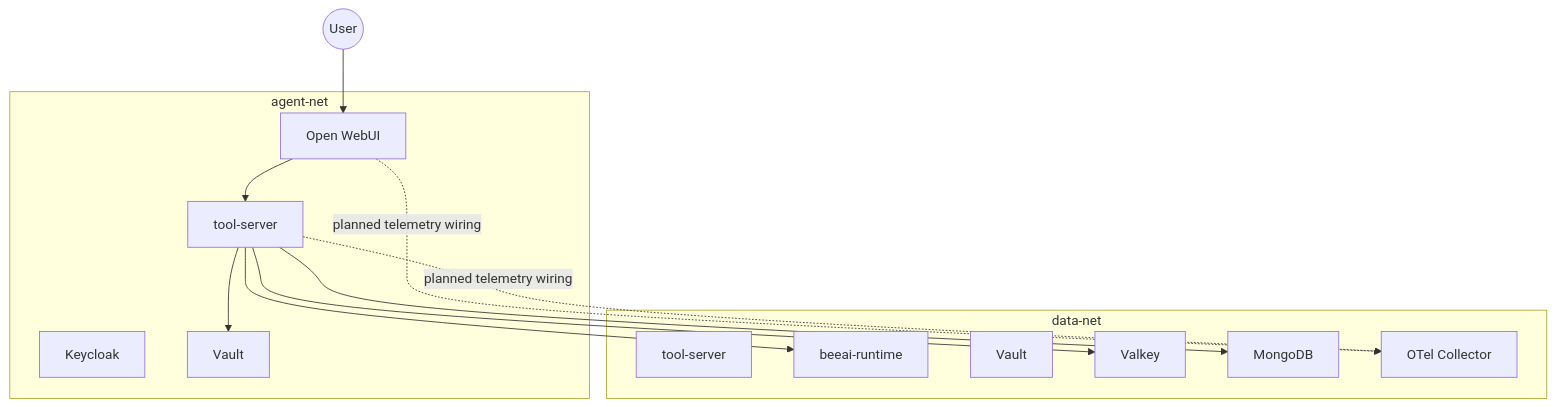
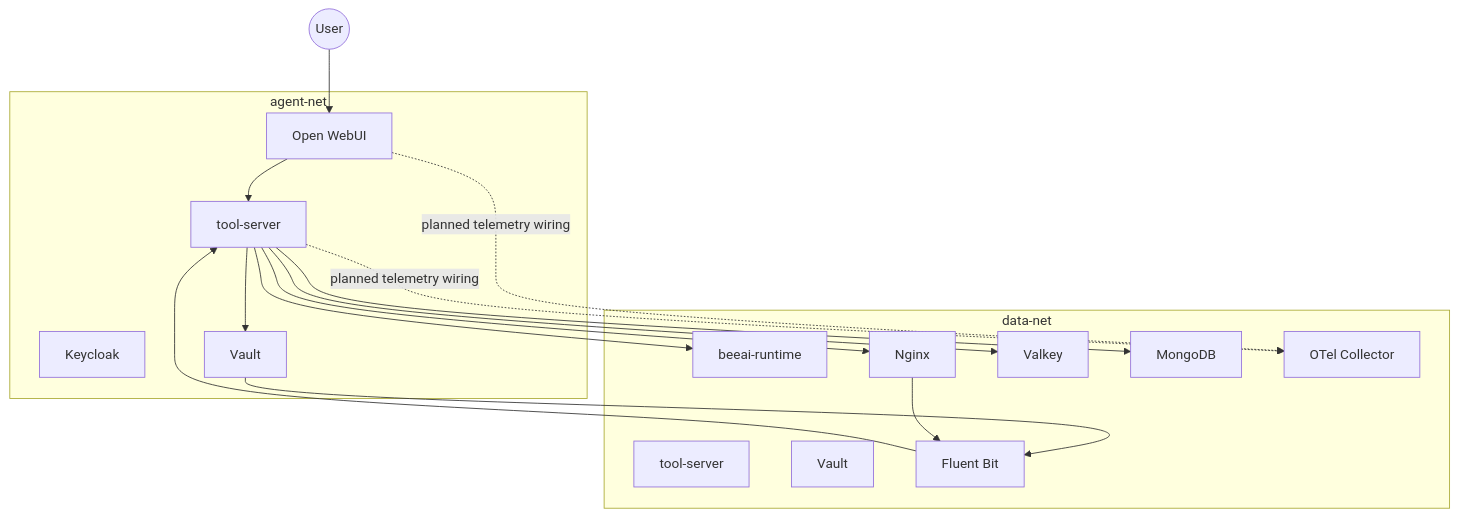
One commit to McIndi/project-garrison changed the diagram in docs/architecture.md. Above: the diagram before and after it, drawn with Mermaid. The commit also changed other lines of this file and 5 other files, not shown here.

Commit message:
feat: update documentation to reflect Nginx and Fluent Bit integration; add audit pipeline details and readiness checks

````diff
--- a/docs/architecture.md
+++ b/docs/architecture.md
@@ -5,27 +5,33 @@
 ```mermaid
 flowchart TB
     subgraph agent-net
       OW[Open WebUI]
       TS[tool-server]
       KC[Keycloak]
       VA[Vault]
     end
 
     subgraph data-net
       TS2[tool-server]
       BR[beeai-runtime]
       VA2[Vault]
+      NX[Nginx]
+      FB[Fluent Bit]
       VK[Valkey]
       MG[MongoDB]
       OT[OTel Collector]
     end
 
     User((User)) --> OW
     OW --> TS
     TS --> BR
+    TS --> NX
     TS --> VK
     TS --> MG
     TS --> VA
+    VA --> FB
+    NX --> FB
+    FB --> TS
     OW -. planned telemetry wiring .-> OT
     TS -. planned telemetry wiring .-> OT
 ```
````
